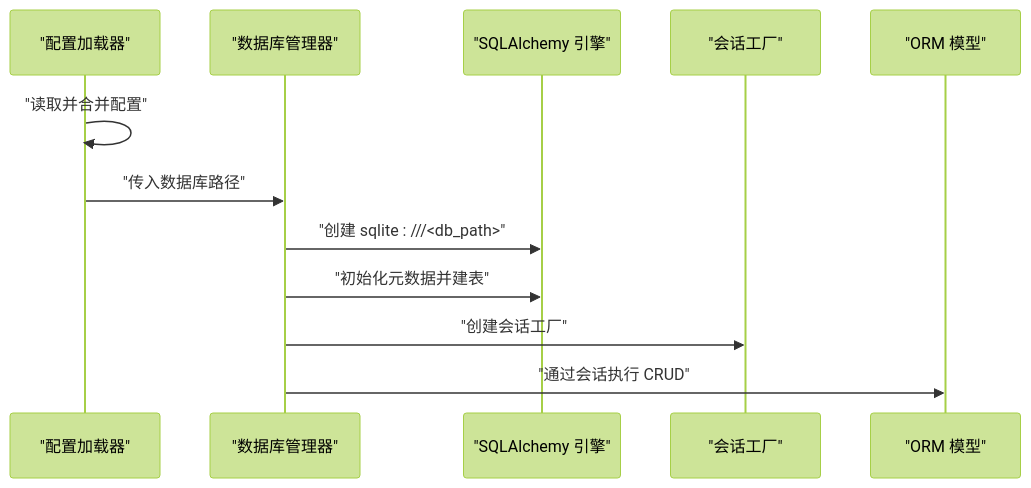
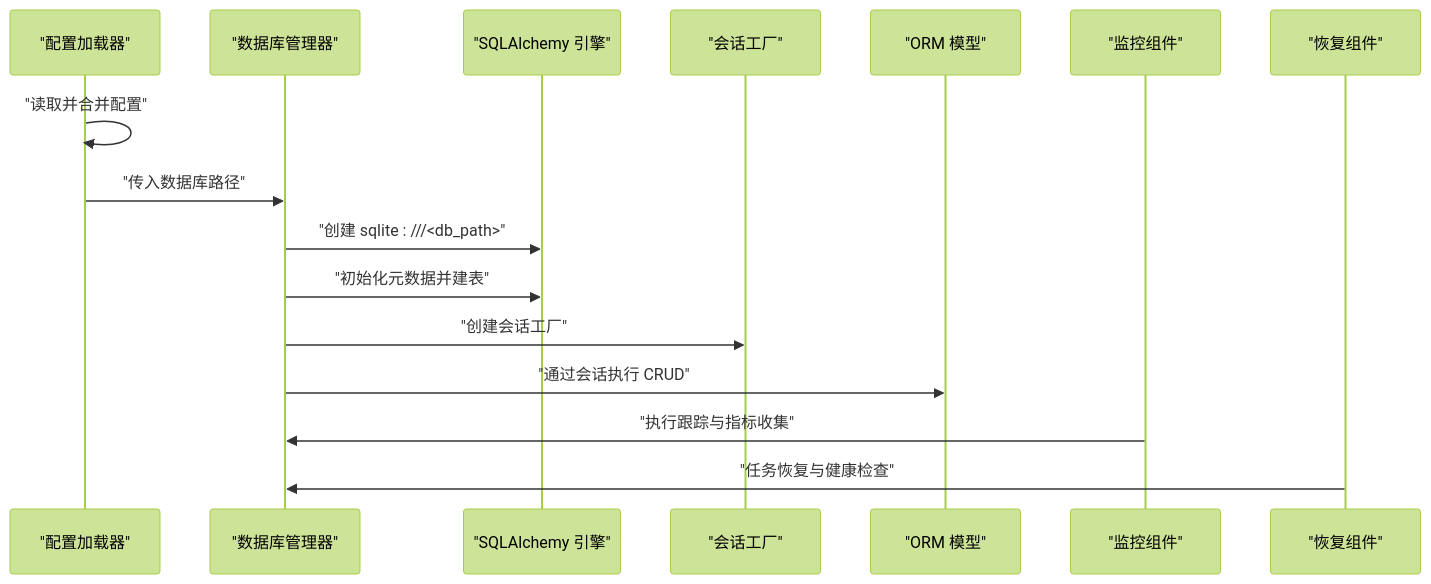
Before and after one commit to eden2f/cron-copilot: the second of 6 diagrams in .qoder/repowiki/zh/content/数据存储系统/数据存储系统.md, drawn with Mermaid (forest theme). The commit also changed other lines of this file and 21 other files, not shown here.

````diff
--- a/.qoder/repowiki/zh/content/数据存储系统/数据存储系统.md
+++ b/.qoder/repowiki/zh/content/数据存储系统/数据存储系统.md
@@ -77,14 +122,18 @@
 ```mermaid
 sequenceDiagram
 participant Cfg as "配置加载器"
 participant DBM as "数据库管理器"
 participant Engine as "SQLAlchemy 引擎"
 participant Session as "会话工厂"
 participant ORM as "ORM 模型"
+participant Monitor as "监控组件"
+participant Recovery as "恢复组件"
 Cfg->>Cfg : "读取并合并配置"
 Cfg->>DBM : "传入数据库路径"
 DBM->>Engine : "创建 sqlite : ///<db_path>"
 DBM->>Engine : "初始化元数据并建表"
 DBM->>Session : "创建会话工厂"
 DBM->>ORM : "通过会话执行 CRUD"
+Monitor->>DBM : "执行跟踪与指标收集"
+Recovery->>DBM : "任务恢复与健康检查"
 ```
````
